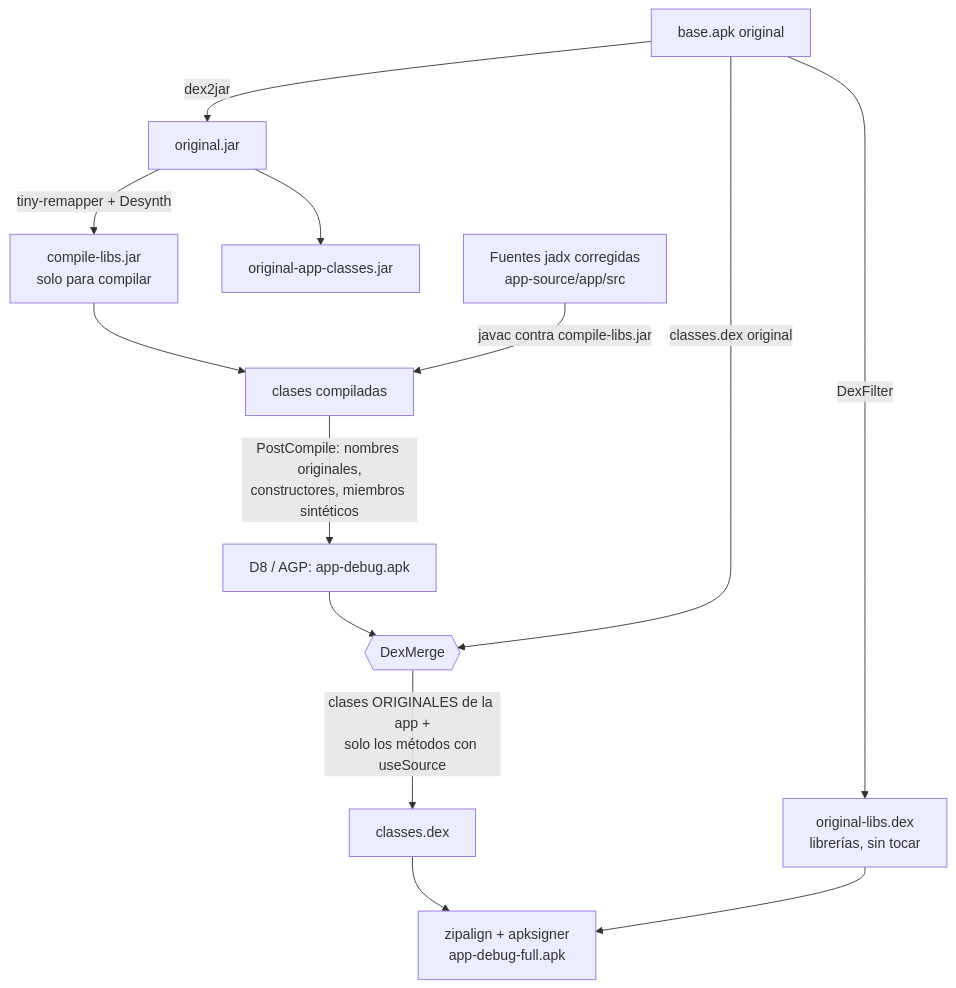
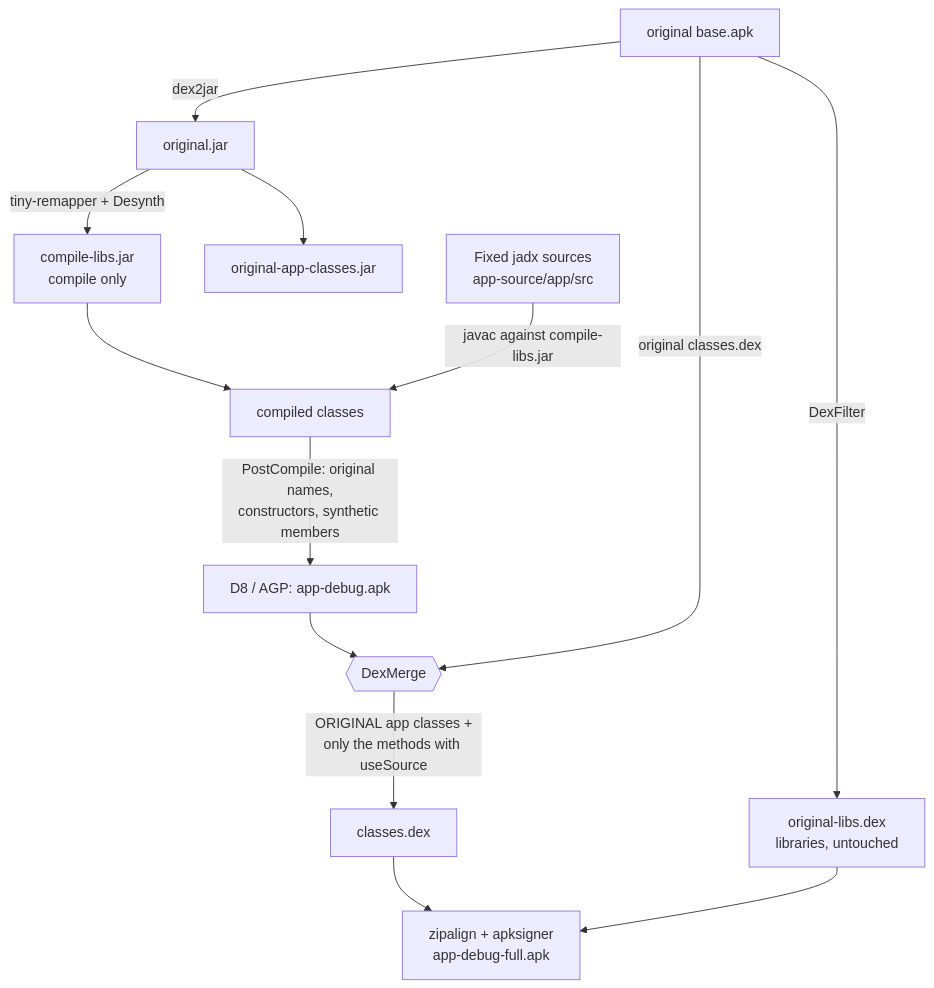
Before and after one commit to JeuelSosaLarocca/ios-launcher-recompile: the diagram in README.md, drawn with Mermaid. The commit also changed other lines of this file and 3 other files, not shown here.

````diff
--- a/README.md
+++ b/README.md
@@ -59,15 +58,15 @@
 ```mermaid
 flowchart TD
-    APK[base.apk original] -->|dex2jar| ORIG[original.jar]
-    ORIG -->|tiny-remapper + Desynth| CLIBS[compile-libs.jar<br/>solo para compilar]
-    APK -->|DexFilter| LIBDEX[original-libs.dex<br/>librerías, sin tocar]
+    APK[original base.apk] -->|dex2jar| ORIG[original.jar]
+    ORIG -->|tiny-remapper + Desynth| CLIBS[compile-libs.jar<br/>compile only]
+    APK -->|DexFilter| LIBDEX[original-libs.dex<br/>libraries, untouched]
     ORIG --> APPCLS[original-app-classes.jar]
-    SRC[Fuentes jadx corregidas<br/>app-source/app/src] -->|javac contra compile-libs.jar| CLS[clases compiladas]
+    SRC[Fixed jadx sources<br/>app-source/app/src] -->|javac against compile-libs.jar| CLS[compiled classes]
     CLIBS --> CLS
-    CLS -->|PostCompile: nombres originales,<br/>constructores, miembros sintéticos| D8[D8 / AGP: app-debug.apk]
-    APK -->|classes.dex original| MERGE
+    CLS -->|PostCompile: original names,<br/>constructors, synthetic members| D8[D8 / AGP: app-debug.apk]
+    APK -->|original classes.dex| MERGE
     D8 --> MERGE{{DexMerge}}
-    MERGE -->|clases ORIGINALES de la app +<br/>solo los métodos con useSource| APPDEX[classes.dex]
+    MERGE -->|ORIGINAL app classes +<br/>only the methods with useSource| APPDEX[classes.dex]
     LIBDEX --> FULL
     APPDEX --> FULL[zipalign + apksigner<br/>app-debug-full.apk]
 ```
````
